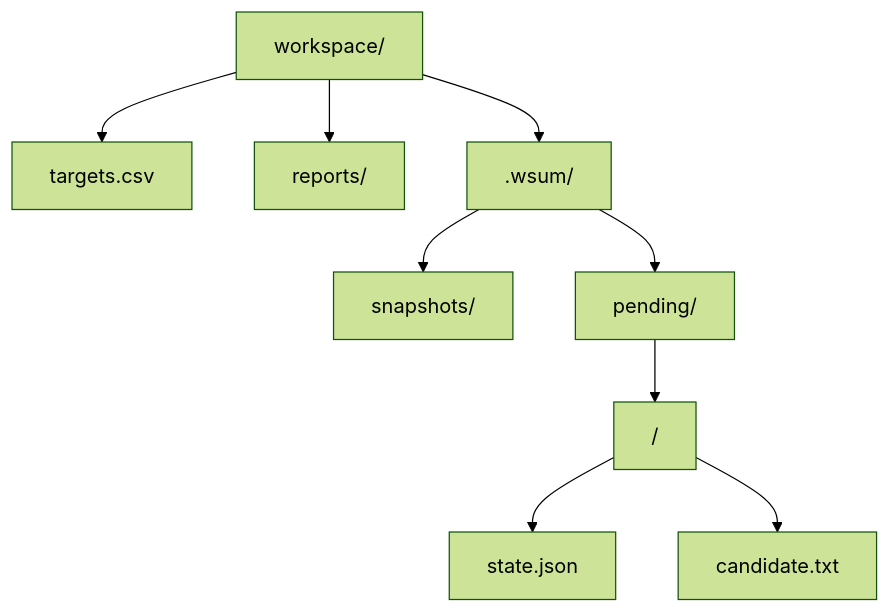
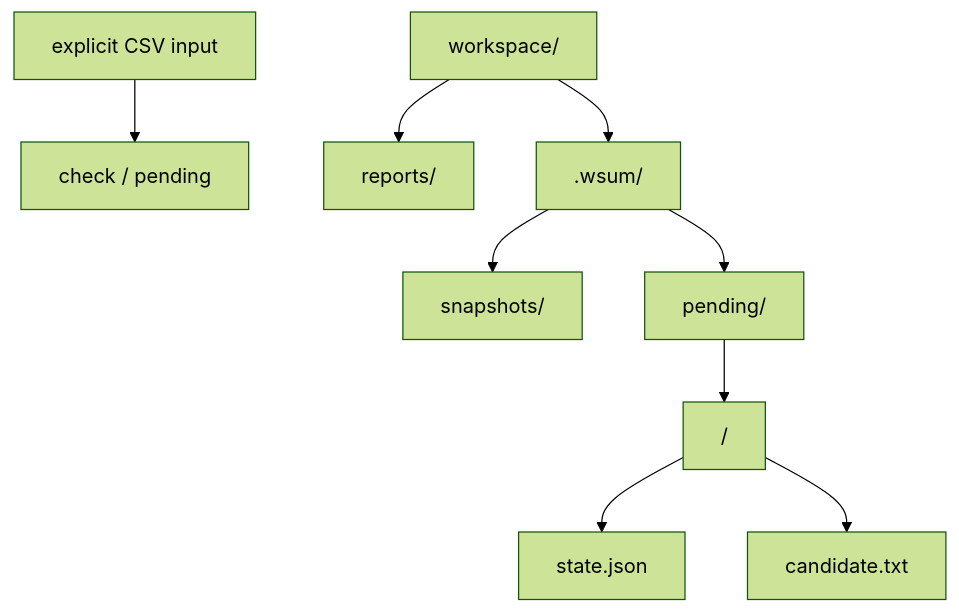
Before and after one commit to dceoy/wsum: the second of 2 diagrams in skills/web-update-monitor/SKILL.md, drawn with Mermaid (forest theme). The commit also changed other lines of this file, not shown here.

Commit message:
Document explicit target input contract

````diff
--- a/skills/web-update-monitor/SKILL.md
+++ b/skills/web-update-monitor/SKILL.md
@@ -37,11 +38,11 @@
 ```mermaid
 flowchart TB
-    W["workspace/"] --> T["targets.csv"]
-    W --> R["reports/"]
+    I["explicit CSV input"] --> C["check / pending"]
+    W["workspace/"] --> R["reports/"]
     W --> S[".wsum/"]
     S --> SS["snapshots/"]
     S --> P["pending/"]
     P --> PT["<target-id>/"]
     PT --> PS["state.json"]
     PT --> PC["candidate.txt"]
 ```
````
